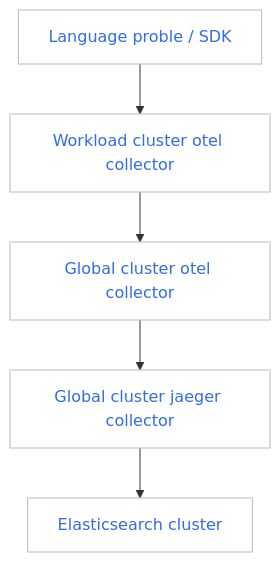
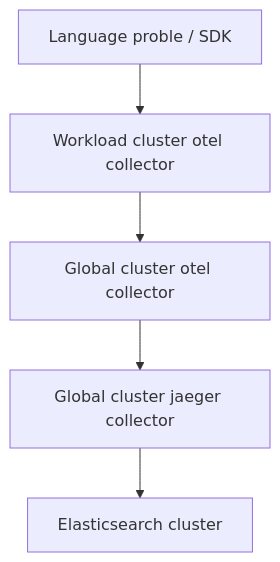
One commit to DaoCloud/DaoCloud-docs changed the diagram in docs/en/docs/insight/best-practice/debug-trace.md. Above: the diagram before and after it, drawn with Mermaid. The commit also changed 40 other files, not shown here.

Commit message:
remove classdef and class from mermaid blocks globally (#7555)

````diff
--- a/docs/en/docs/insight/best-practice/debug-trace.md
+++ b/docs/en/docs/insight/best-practice/debug-trace.md
@@ -11,14 +11,8 @@
 ```mermaid
 graph TB
 
 sdk[Language proble / SDK] --> workload[Workload cluster otel collector]
 --> otel[Global cluster otel collector]
 --> jaeger[Global cluster jaeger collector]
 --> es[Elasticsearch cluster]
-
-classDef plain fill:#ddd,stroke:#fff,stroke-width:1px,color:#000;
-classDef k8s fill:#326ce5,stroke:#fff,stroke-width:1px,color:#fff;
-classDef cluster fill:#fff,stroke:#bbb,stroke-width:1px,color:#326ce5;
-
-class sdk,workload,otel,jaeger,es cluster
 ```
````
